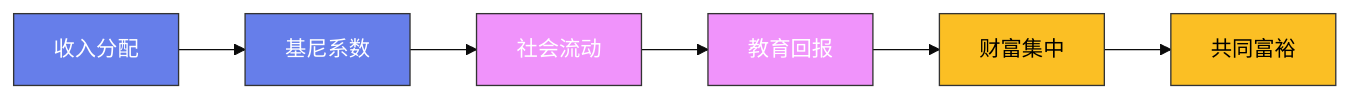
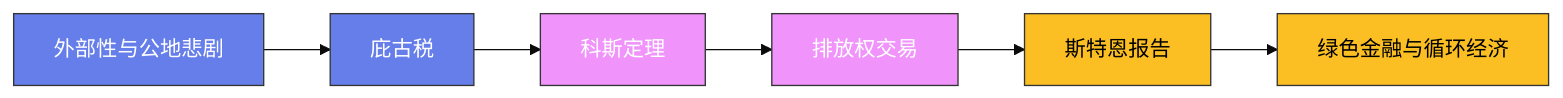
The diagram in content/posts/ModelCreate/经济学与金融/16-环境经济学.md (Fengur/Fengur.github.io), drawn with Mermaid (base theme) before and after one commit. The commit also changed 118 other files, not shown here.

````diff
--- a/content/posts/ModelCreate/经济学与金融/16-环境经济学.md
+++ b/content/posts/ModelCreate/经济学与金融/16-环境经济学.md
@@ -71,16 +71,16 @@
 ```mermaid
 graph LR
-    A["收入分配"] --> B["基尼系数"]
-    B --> C["社会流动"]
-    C --> D["教育回报"]
-    D --> E["财富集中"]
-    E --> F["共同富裕"]
+    A["外部性与公地悲剧"] --> B["庇古税"]
+    B --> C["科斯定理"]
+    C --> D["排放权交易"]
+    D --> E["斯特恩报告"]
+    E --> F["绿色金融与循环经济"]
 
     classDef early fill:#667eea,stroke:#333,color:white
     classDef mid fill:#f093fb,stroke:#333,color:white
     classDef modern fill:#fbbf24,stroke:#333,color:black
 
     class A,B early
     class C,D mid
     class E,F modern
 ```
````
